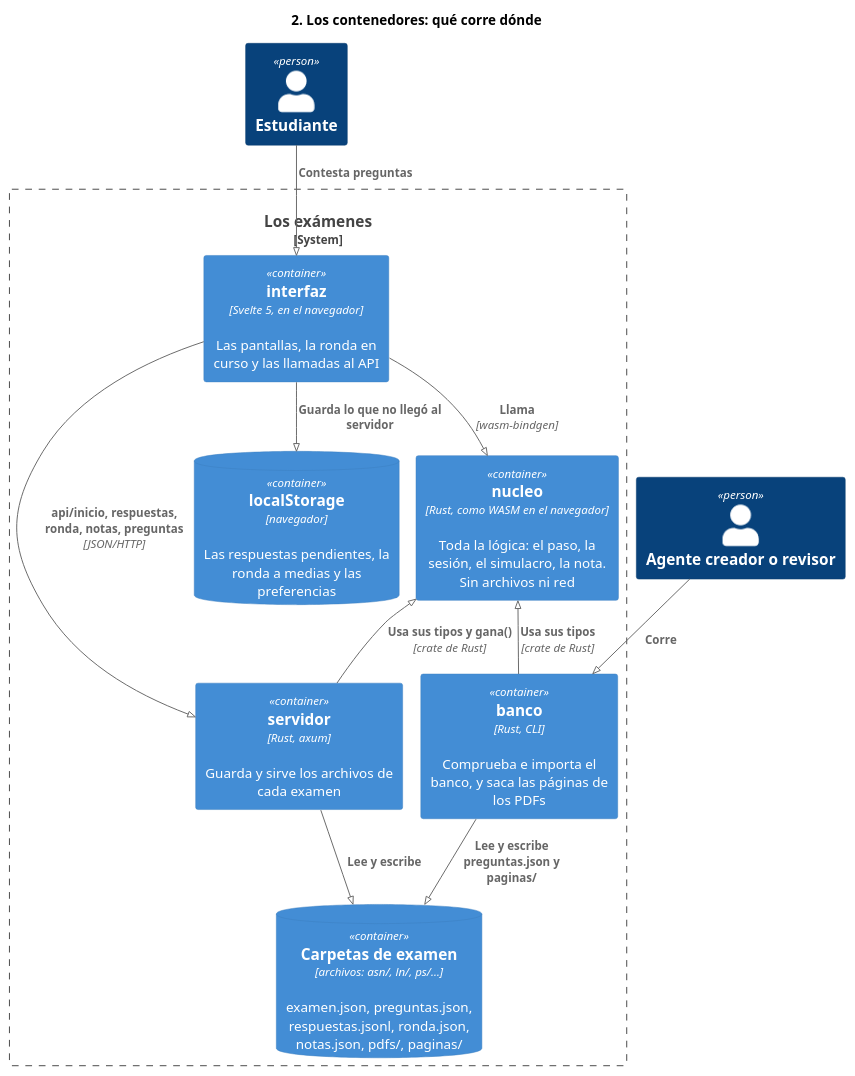
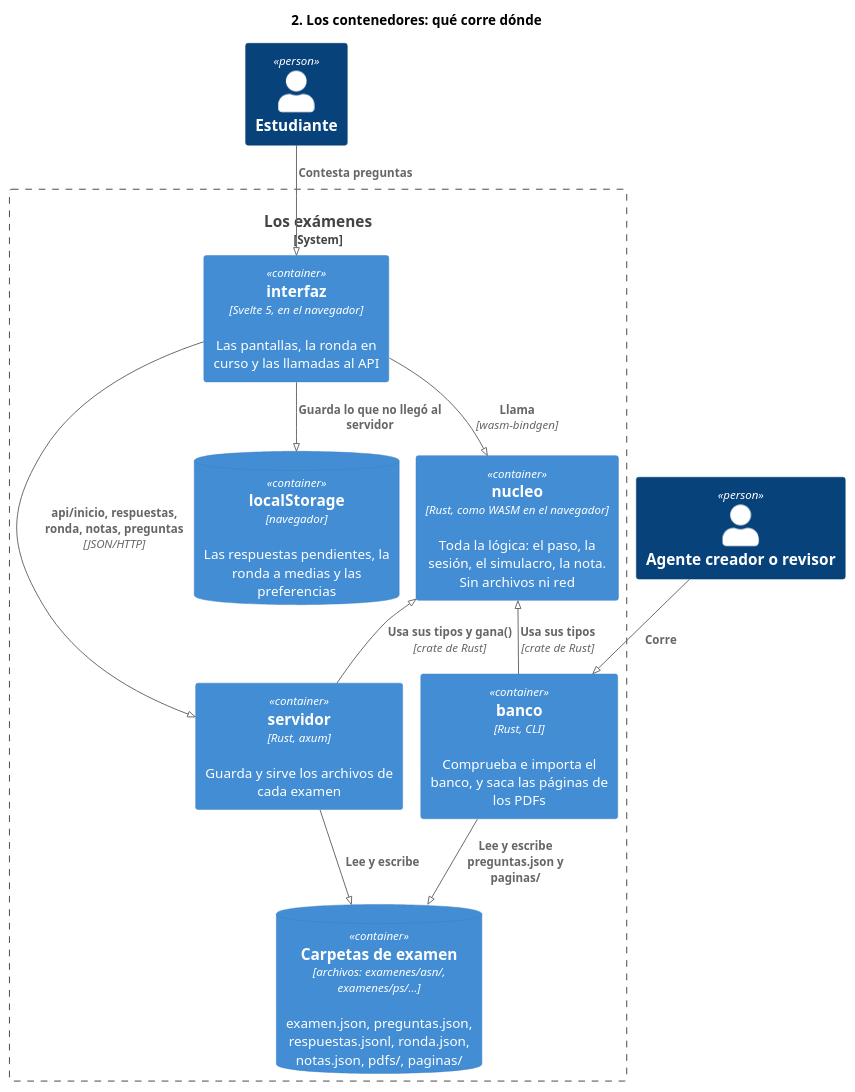
One commit to jfdg01/examenes changed the diagram in docs/diagramas/2-contenedores.puml. Above: the diagram before and after it, drawn with PlantUML. The commit also changed 702 other files, not shown here.

```diff
--- a/docs/diagramas/2-contenedores.puml
+++ b/docs/diagramas/2-contenedores.puml
@@ -1,27 +1,27 @@
 @startuml 2-contenedores
 !pragma layout smetana
 !include <C4/C4_Container>
 title 2. Los contenedores: qué corre dónde
 
 Person(estudiante, "Estudiante")
 Person(agente, "Agente creador o revisor")
 
 System_Boundary(app, "Los exámenes") {
   Container(interfaz, "interfaz", "Svelte 5, en el navegador", "Las pantallas, la ronda en curso y las llamadas al API")
   Container(nucleo, "nucleo", "Rust, como WASM en el navegador", "Toda la lógica: el paso, la sesión, el simulacro, la nota. Sin archivos ni red")
   ContainerDb(local, "localStorage", "navegador", "Las respuestas pendientes, la ronda a medias y las preferencias")
   Container(servidor, "servidor", "Rust, axum", "Guarda y sirve los archivos de cada examen")
   Container(banco, "banco", "Rust, CLI", "Comprueba e importa el banco, y saca las páginas de los PDFs")
-  ContainerDb(carpetas, "Carpetas de examen", "archivos: asn/, ln/, ps/…", "examen.json, preguntas.json, respuestas.jsonl, ronda.json, notas.json, pdfs/, paginas/")
+  ContainerDb(carpetas, "Carpetas de examen", "archivos: examenes/asn/, examenes/ps/…", "examen.json, preguntas.json, respuestas.jsonl, ronda.json, notas.json, pdfs/, paginas/")
 }
 
 Rel(estudiante, interfaz, "Contesta preguntas")
 Rel(interfaz, nucleo, "Llama", "wasm-bindgen")
 Rel(interfaz, local, "Guarda lo que no llegó al servidor")
 Rel(interfaz, servidor, "api/inicio, respuestas, ronda, notas, preguntas", "JSON/HTTP")
 Rel(servidor, carpetas, "Lee y escribe")
 Rel(agente, banco, "Corre")
 Rel(banco, carpetas, "Lee y escribe preguntas.json y paginas/")
 Rel_U(servidor, nucleo, "Usa sus tipos y gana()", "crate de Rust")
 Rel_U(banco, nucleo, "Usa sus tipos", "crate de Rust")
 @enduml
```
